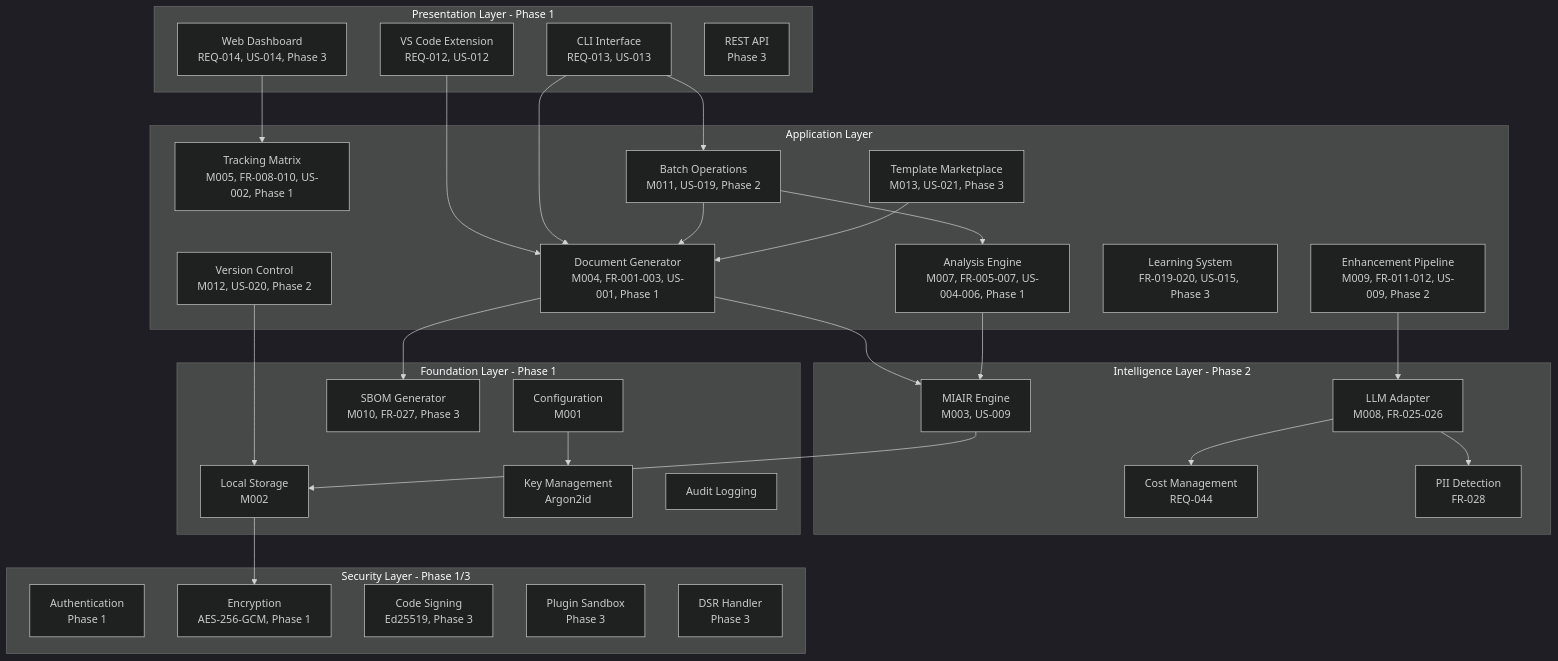
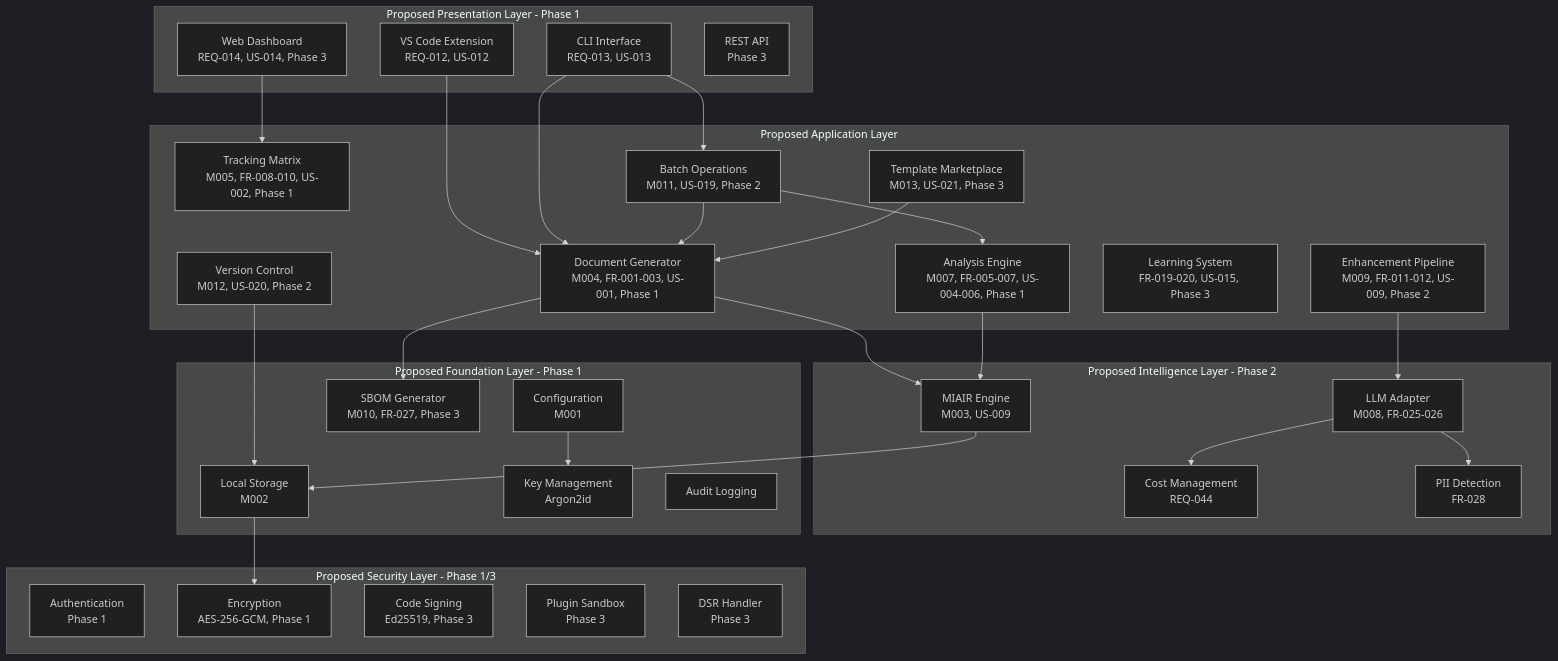
Before and after one commit to Org-EthereaLogic/DevDocAI-v3.5.0: the third of 3 diagrams in docs/DESIGN-devdocsai-architecture.md, drawn with Mermaid (dark theme). The commit also changed other lines of this file and 1 other file, not shown here.

First line of the commit message:
docs: update architecture and user stories documentation

````diff
--- a/docs/DESIGN-devdocsai-architecture.md
+++ b/docs/DESIGN-devdocsai-architecture.md
@@ -300,61 +300,62 @@
 ```mermaid
 graph TB
-    subgraph "Presentation Layer - Phase 1"
+    subgraph "Proposed Presentation Layer - Phase 1"
         VSCode[VS Code Extension<br/>REQ-012, US-012]
         CLI[CLI Interface<br/>REQ-013, US-013]
         Dashboard[Web Dashboard<br/>REQ-014, US-014, Phase 3]
         API[REST API<br/>Phase 3]
     end
     
-    subgraph "Application Layer"
+    subgraph "Proposed Application Layer"
         Generator[Document Generator<br/>M004, FR-001-003, US-001, Phase 1]
         Analyzer[Analysis Engine<br/>M007, FR-005-007, US-004-006, Phase 1]
         Enhancer[Enhancement Pipeline<br/>M009, FR-011-012, US-009, Phase 2]
         Matrix[Tracking Matrix<br/>M005, FR-008-010, US-002, Phase 1]
         Learning[Learning System<br/>FR-019-020, US-015, Phase 3]
         BatchOps[Batch Operations<br/>M011, US-019, Phase 2]
         VersionCtl[Version Control<br/>M012, US-020, Phase 2]
         TemplateMkt[Template Marketplace<br/>M013, US-021, Phase 3]
     end
     
-    subgraph "Intelligence Layer - Phase 2"
+    subgraph "Proposed Intelligence Layer - Phase 2"
         MIAIR[MIAIR Engine<br/>M003, US-009]
         LLMAdapter[LLM Adapter<br/>M008, FR-025-026]
         CostMgmt[Cost Management<br/>REQ-044]
         PIIDetect[PII Detection<br/>FR-028]
     end
     
-    subgraph "Security Layer - Phase 1/3"
+    subgraph "Proposed Security Layer - Phase 1/3"
         Auth[Authentication<br/>Phase 1]
         Crypto[Encryption<br/>AES-256-GCM, Phase 1]
         Signing[Code Signing<br/>Ed25519, Phase 3]
         Sandbox[Plugin Sandbox<br/>Phase 3]
         DSR[DSR Handler<br/>Phase 3]
     end
     
-    subgraph "Foundation Layer - Phase 1"
+    subgraph "Proposed Foundation Layer - Phase 1"
         Config[Configuration<br/>M001]
         Storage[Local Storage<br/>M002]
         SBOM[SBOM Generator<br/>M010, FR-027, Phase 3]
         KeyMgmt[Key Management<br/>Argon2id]
         Audit[Audit Logging]
     end
     
     VSCode --> Generator
     CLI --> Generator
     CLI --> BatchOps
     Dashboard --> Matrix
     Generator --> MIAIR
     Analyzer --> MIAIR
     Enhancer --> LLMAdapter
     BatchOps --> Generator
     BatchOps --> Analyzer
     VersionCtl --> Storage
     TemplateMkt --> Generator
     MIAIR --> Storage
     LLMAdapter --> CostMgmt
     LLMAdapter --> PIIDetect
     Storage --> Crypto
     Config --> KeyMgmt
     Generator --> SBOM
+%% Note: This diagram represents the proposed technical architecture
 ```
````
